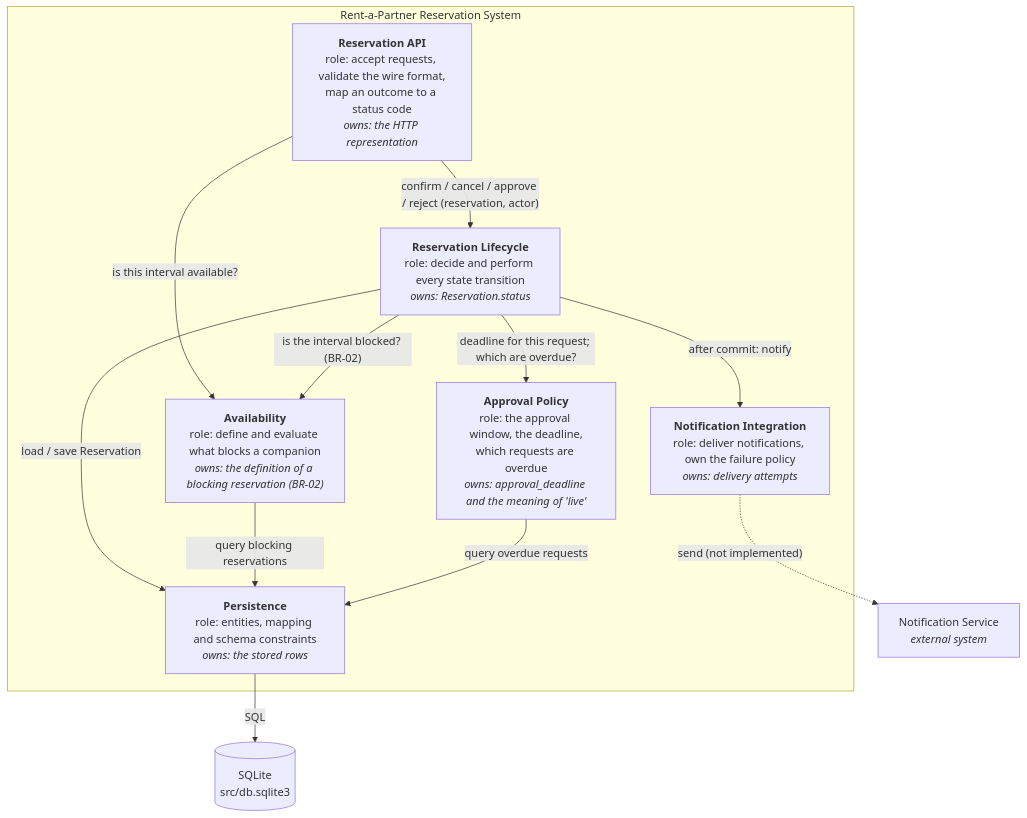
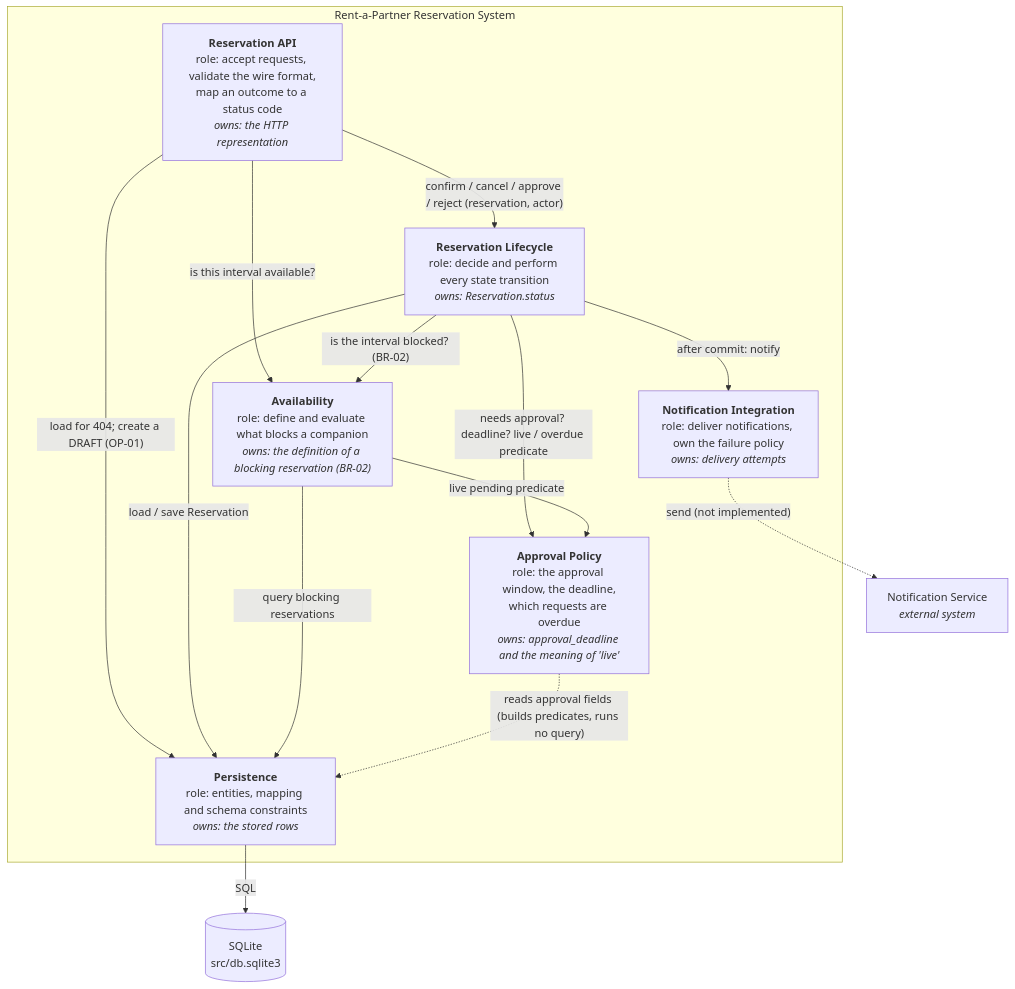
One commit to palcat13/SWI-Projekt changed the fifth of 10 diagrams in docs/architecture-and-decisions.md. Above: the diagram before and after it, drawn with Mermaid. The commit also changed other lines of this file and 11 other files, not shown here.

````diff
--- a/docs/architecture-and-decisions.md
+++ b/docs/architecture-and-decisions.md
@@ -590,25 +649,27 @@
 ```mermaid
 flowchart TB
   subgraph sys["Rent-a-Partner Reservation System"]
     api["<b>Reservation API</b><br/>role: accept requests, validate the wire format,<br/>map an outcome to a status code<br/><i>owns: the HTTP representation</i>"]
     life["<b>Reservation Lifecycle</b><br/>role: decide and perform every state transition<br/><i>owns: Reservation.status</i>"]
     avail["<b>Availability</b><br/>role: define and evaluate what blocks a companion<br/><i>owns: the definition of a blocking reservation (BR-02)</i>"]
     appr["<b>Approval Policy</b><br/>role: the approval window, the deadline,<br/>which requests are overdue<br/><i>owns: approval_deadline and the meaning of 'live'</i>"]
     notifint["<b>Notification Integration</b><br/>role: deliver notifications, own the failure policy<br/><i>owns: delivery attempts</i>"]
     persist["<b>Persistence</b><br/>role: entities, mapping and schema constraints<br/><i>owns: the stored rows</i>"]
   end
 
   db[("SQLite<br/>src/db.sqlite3")]
   ext["Notification Service<br/><i>external system</i>"]
 
   api -->|"confirm / cancel / approve / reject (reservation, actor)"| life
   api -->|"is this interval available?"| avail
+  api -->|"load for 404; create a DRAFT (OP-01)"| persist
   life -->|"is the interval blocked? (BR-02)"| avail
-  life -->|"deadline for this request; which are overdue?"| appr
+  life -->|"needs approval? deadline? live / overdue predicate"| appr
+  avail -->|"live pending predicate"| appr
   life -->|"after commit: notify"| notifint
   life -->|"load / save Reservation"| persist
   avail -->|"query blocking reservations"| persist
-  appr -->|"query overdue requests"| persist
+  appr -.->|"reads approval fields (builds predicates, runs no query)"| persist
   persist -->|"SQL"| db
   notifint -.->|"send (not implemented)"| ext
 ```
````
